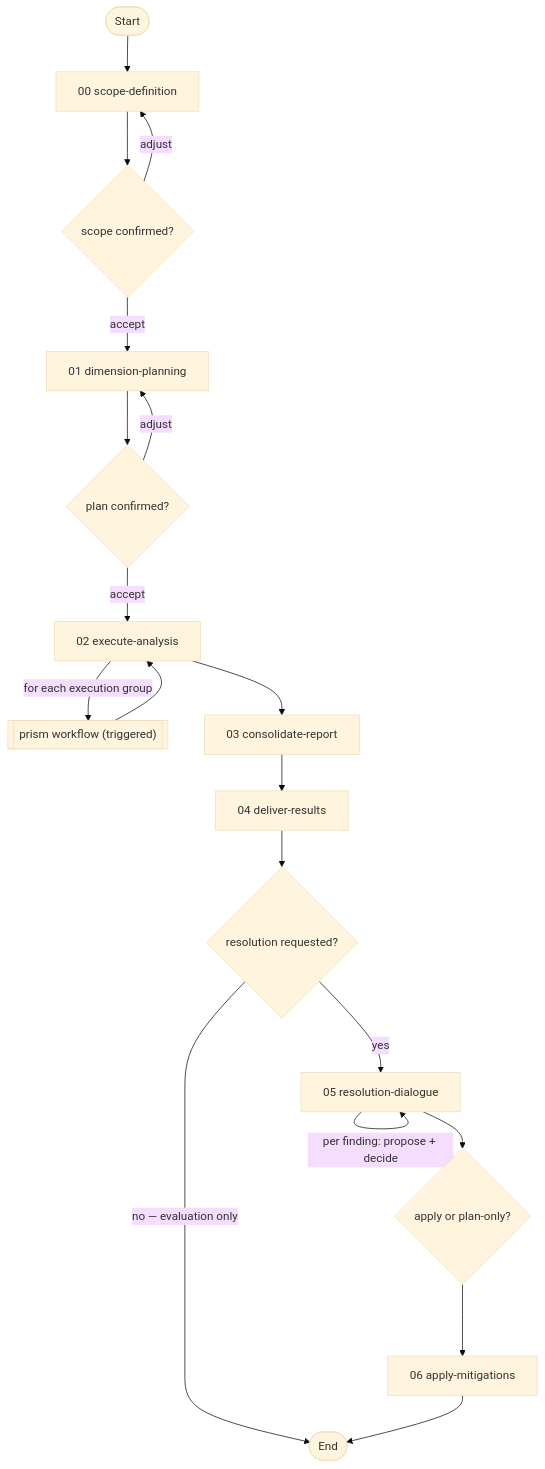
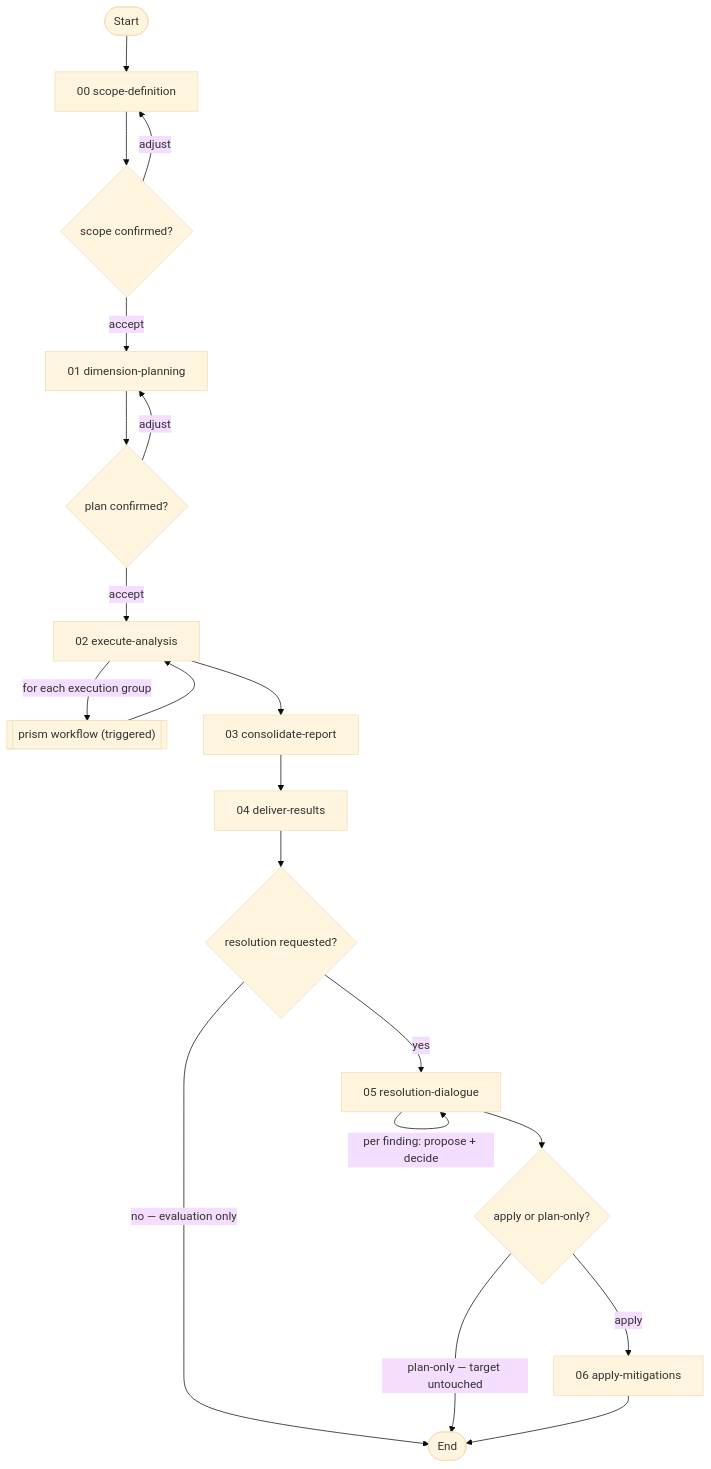
The first of 2 diagrams in prism-evaluate/README.md (m2ux/workflow-server), drawn with Mermaid (base theme) before and after one commit. The commit also changed other lines of this file and 3 other files, not shown here.

````diff
--- a/prism-evaluate/README.md
+++ b/prism-evaluate/README.md
@@ -25,25 +25,26 @@
 ```mermaid
 graph TD
     Start([Start]) --> SD["00 scope-definition"]
     SD --> CS{"scope confirmed?"}
     CS -->|"adjust"| SD
     CS -->|"accept"| DP["01 dimension-planning"]
 
     DP --> CP{"plan confirmed?"}
     CP -->|"adjust"| DP
     CP -->|"accept"| EA["02 execute-analysis"]
 
     EA -->|"for each execution group"| PRISM[["prism workflow (triggered)"]]
     PRISM --> EA
     EA --> CR["03 consolidate-report"]
     CR --> DR["04 deliver-results"]
 
     DR --> RO{"resolution requested?"}
     RO -->|"no — evaluation only"| Done([End])
     RO -->|"yes"| RES["05 resolution-dialogue"]
 
     RES -->|"per finding: propose + decide"| RES
     RES --> AC{"apply or plan-only?"}
-    AC --> AM["06 apply-mitigations"]
+    AC -->|"plan-only — target untouched"| Done
+    AC -->|"apply"| AM["06 apply-mitigations"]
     AM --> Done
 ```
````
